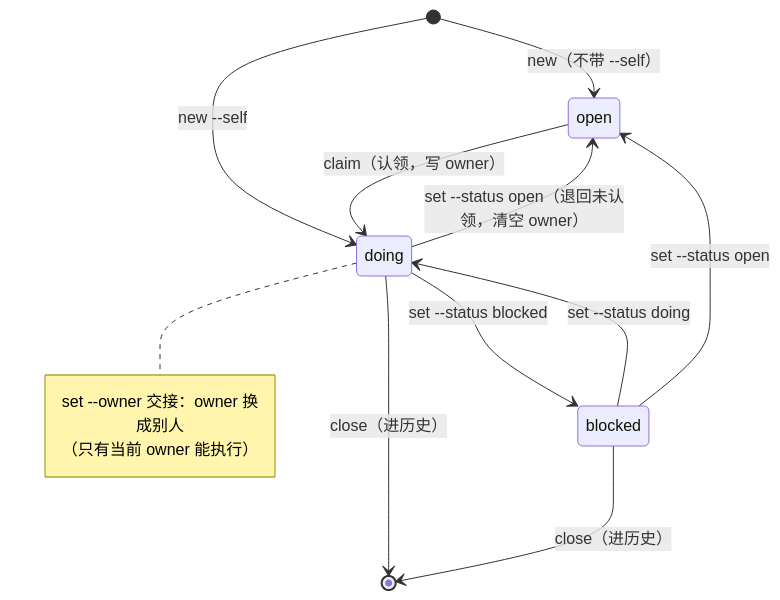
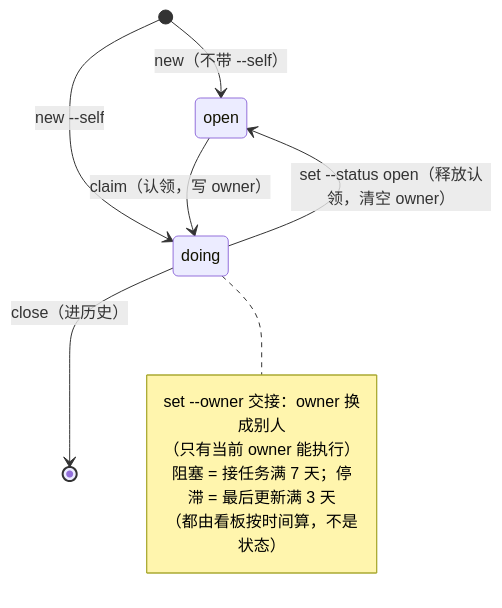
Before and after one commit to cq-guojia/dsh-task-ledger: the second of 2 diagrams in packages/skill/README.md, drawn with Mermaid. The commit also changed other lines of this file and 23 other files, not shown here.

````diff
--- a/packages/skill/README.md
+++ b/packages/skill/README.md
@@ -185,16 +185,14 @@
 ```mermaid
 stateDiagram-v2
     [*] --> open: new（不带 --self）
     [*] --> doing: new --self
     open --> doing: claim（认领，写 owner）
-    doing --> blocked: set --status blocked
-    blocked --> doing: set --status doing
-    doing --> open: set --status open（退回未认领，清空 owner）
-    blocked --> open: set --status open
+    doing --> open: set --status open（释放认领，清空 owner）
     doing --> [*]: close（进历史）
-    blocked --> [*]: close（进历史）
     note right of doing
         set --owner 交接：owner 换成别人
         （只有当前 owner 能执行）
+        阻塞 = 接任务满 7 天；停滞 = 最后更新满 3 天
+        （都由看板按时间算，不是状态）
     end note
 ```
````
